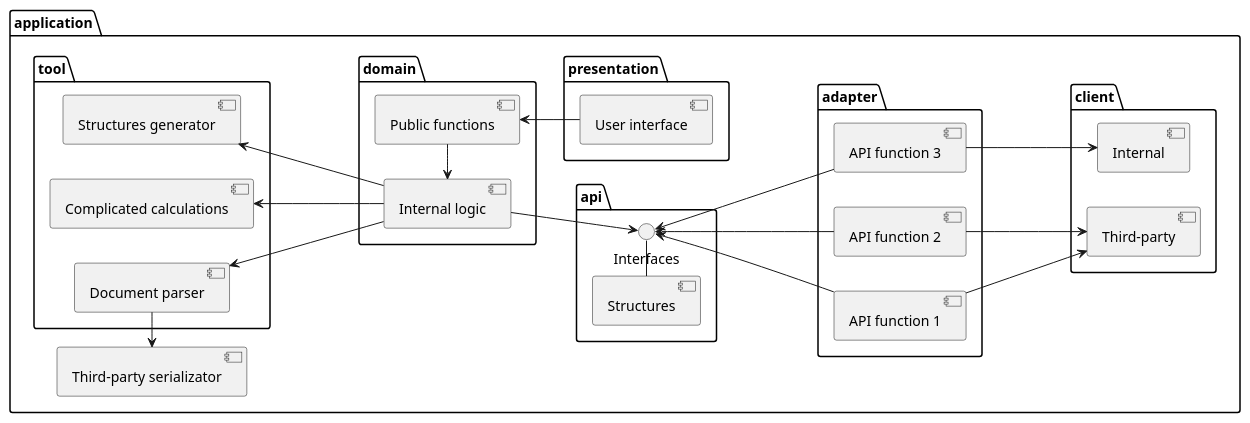
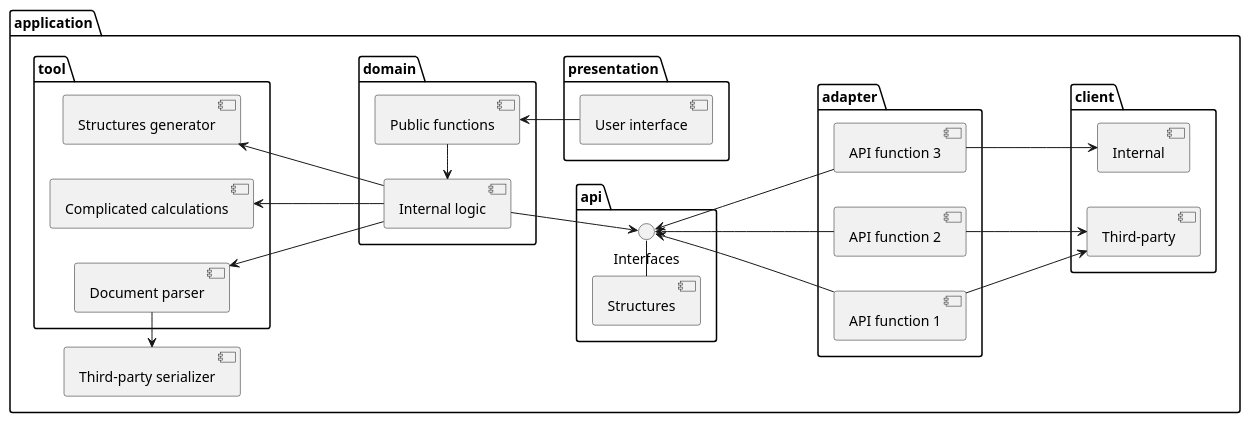
One commit to Flank/flank changed the diagram in docs/hld/architecture-template.puml. Above: the diagram before and after it, drawn with PlantUML.

Commit message:
spelling: serializer

```diff
--- a/docs/hld/architecture-template.puml
+++ b/docs/hld/architecture-template.puml
@@ -1,53 +1,53 @@
 @startuml
 'https://plantuml.com/component-diagram
 
 left to right direction
 
 package application {
 
 package presentation {
 [User interface]
 }
 
 package domain {
 [Internal logic]
 [Public functions]
 }
 
 package tool {
 [Document parser]
 [Complicated calculations]
 [Structures generator]
 }
 
 package api {
 [Structures] - () Interfaces
 }
 
 package adapter {
 [API function 1]
 [API function 2]
 [API function 3]
 }
 
 package client {
 [Internal]
 [Third-party]
 }
 
 [User interface] -up-> [Public functions]
 [Internal logic] <- [Public functions]
 [Internal logic] --> Interfaces
-[Document parser] -> [Third-party serializator]
+[Document parser] -> [Third-party serializer]
 [Complicated calculations] <-down-- [Internal logic]
 [Structures generator] <-down- [Internal logic]
 [Document parser] <-down- [Internal logic]
 Interfaces <--- [API function 1]
 Interfaces <-- [API function 2]
 Interfaces <-- [API function 3]
 [API function 1] ---> [Third-party]
 [API function 2] --> [Third-party]
 [API function 3] --> [Internal]
 }
 
 @enduml
```
